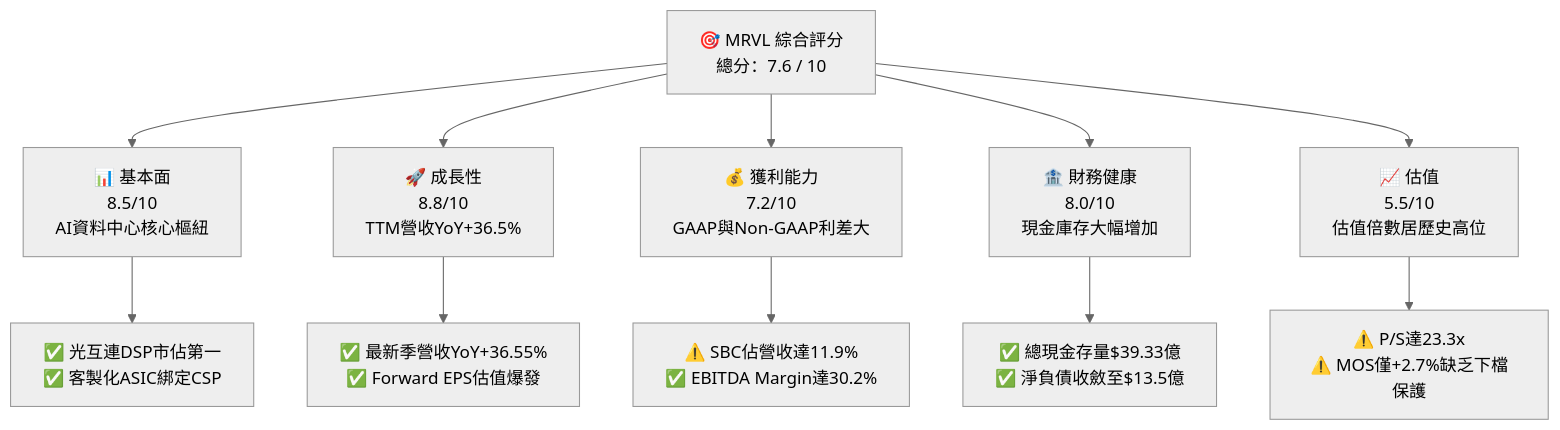
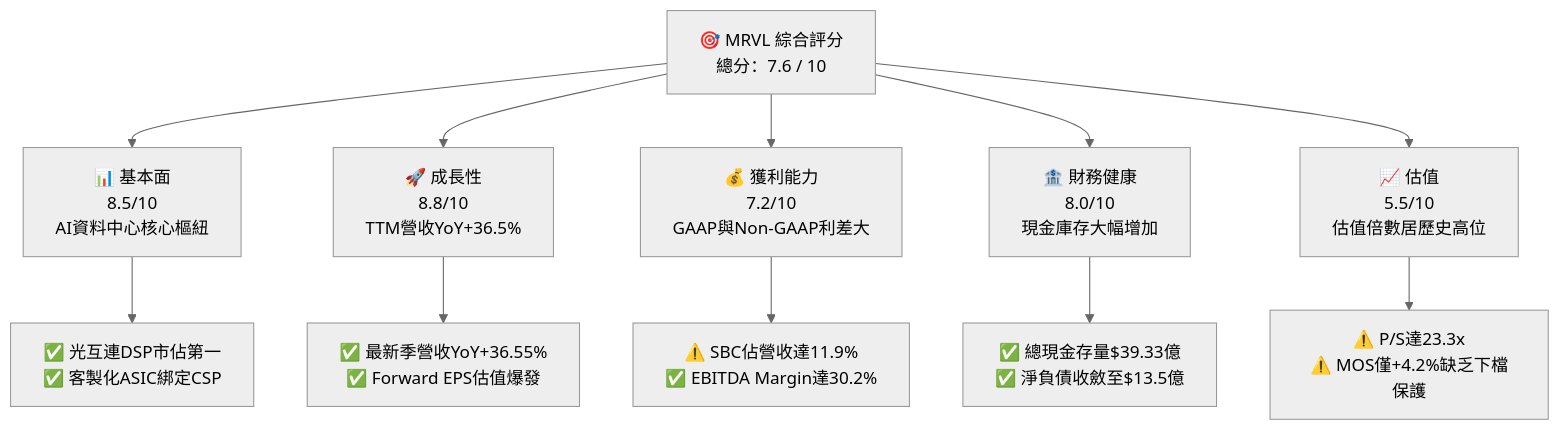
Before and after one commit to yennanliu/finance_data: the first of 15 diagrams in ai_gen_report/fundamental/mrvl/fundamental_analysis_2026-10-15_gemini.md, drawn with Mermaid (neutral theme). The commit also changed other lines of this file and 339 other files, not shown here.

````diff
--- a/ai_gen_report/fundamental/mrvl/fundamental_analysis_2026-10-15_gemini.md
+++ b/ai_gen_report/fundamental/mrvl/fundamental_analysis_2026-10-15_gemini.md
@@ -58,22 +65,22 @@
 ```mermaid
 graph TD
     TICKER["🎯 MRVL 綜合評分<br/>總分：7.6 / 10"]
 
     F["📊 基本面<br/>8.5/10<br/>AI資料中心核心樞紐"]
     G["🚀 成長性<br/>8.8/10<br/>TTM營收YoY+36.5%"]
     P["💰 獲利能力<br/>7.2/10<br/>GAAP與Non-GAAP利差大"]
     B["🏦 財務健康<br/>8.0/10<br/>現金庫存大幅增加"]
     V["📈 估值<br/>5.5/10<br/>估值倍數居歷史高位"]
 
     TICKER --> F
     TICKER --> G
     TICKER --> P
     TICKER --> B
     TICKER --> V
 
     F --> F1["✅ 光互連DSP市佔第一<br/>✅ 客製化ASIC綁定CSP"]
     G --> G1["✅ 最新季營收YoY+36.55%<br/>✅ Forward EPS估值爆發"]
     P --> P1["⚠️ SBC佔營收達11.9%<br/>✅ EBITDA Margin達30.2%"]
     B --> B1["✅ 總現金存量$39.33億<br/>✅ 淨負債收斂至$13.5億"]
-    V --> V1["⚠️ P/S達23.3x<br/>⚠️ MOS僅+2.7%缺乏下檔保護"]
+    V --> V1["⚠️ P/S達23.3x<br/>⚠️ MOS僅+4.2%缺乏下檔保護"]
 ```
````
